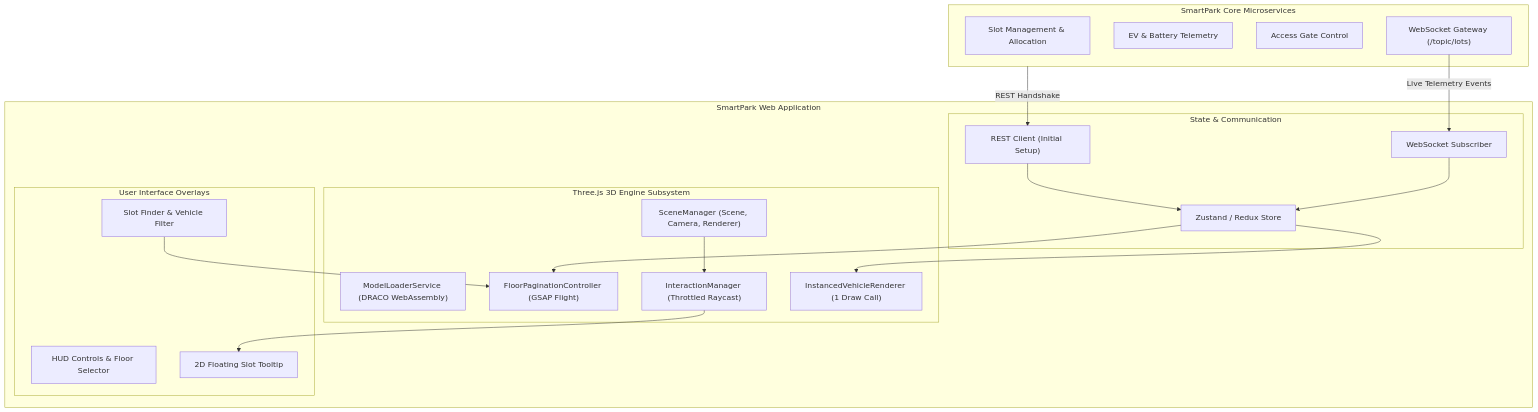
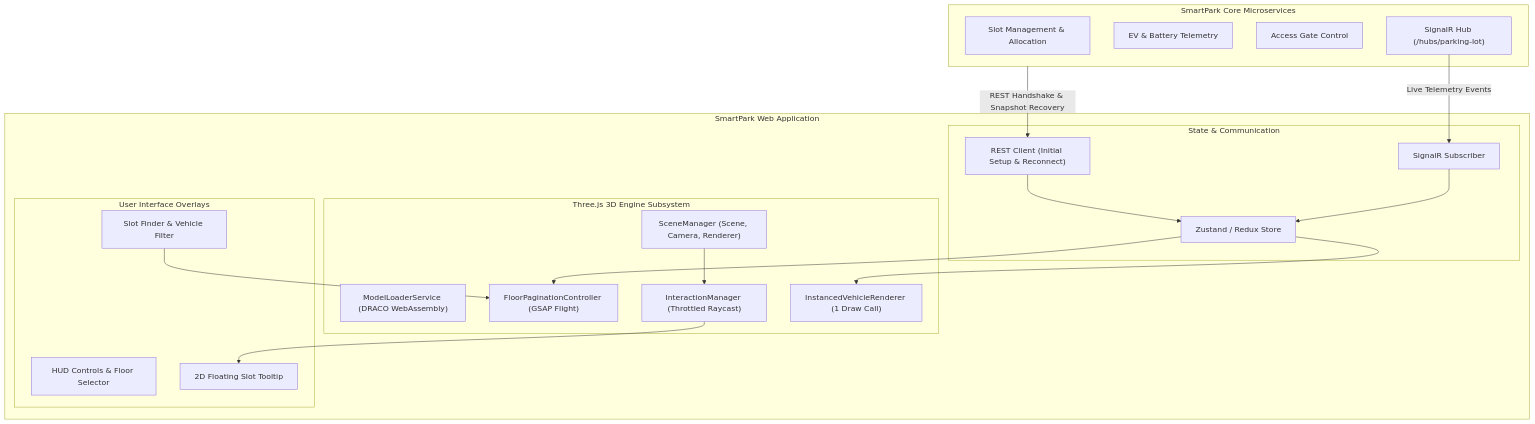
The diagram in docs/03-design/3d-digital-twin/3D_MODEL_IMPLEMENTATION_GUIDE.md (Quangthm/Mock-Project-Smart-Parking), drawn with Mermaid before and after one commit. The commit also changed other lines of this file and 2 other files, not shown here.

````diff
--- a/docs/03-design/3d-digital-twin/3D_MODEL_IMPLEMENTATION_GUIDE.md
+++ b/docs/03-design/3d-digital-twin/3D_MODEL_IMPLEMENTATION_GUIDE.md
@@ -226,41 +230,41 @@
 ```mermaid
 flowchart TD
     subgraph Backend ["SmartPark Core Microservices"]
         SlotSvc["Slot Management & Allocation"]
         TeleSvc["EV & Battery Telemetry"]
         GateSvc["Access Gate Control"]
-        WSGateway["WebSocket Gateway (/topic/lots)"]
+        SignalRHub["SignalR Hub (/hubs/parking-lot)"]
     end
 
     subgraph WebClient ["SmartPark Web Application"]
         subgraph StateLayer ["State & Communication"]
-            REST["REST Client (Initial Setup)"]
-            WSSub["WebSocket Subscriber"]
+            REST["REST Client (Initial Setup & Reconnect)"]
+            SignalRSub["SignalR Subscriber"]
             AppStore["Zustand / Redux Store"]
         end
 
         subgraph ThreeJSSubsystem ["Three.js 3D Engine Subsystem"]
             ModelLoader["ModelLoaderService (DRACO WebAssembly)"]
             SceneMgr["SceneManager (Scene, Camera, Renderer)"]
             FloorCtrl["FloorPaginationController (GSAP Flight)"]
             RaycastMgr["InteractionManager (Throttled Raycast)"]
             VehicleInstancer["InstancedVehicleRenderer (1 Draw Call)"]
         end
 
         subgraph UILayer ["User Interface Overlays"]
             HUD["HUD Controls & Floor Selector"]
             Tooltip["2D Floating Slot Tooltip"]
             SearchBox["Slot Finder & Vehicle Filter"]
         end
     end
 
-    Backend -->|REST Handshake| REST
-    WSGateway -->|Live Telemetry Events| WSSub
+    Backend -->|REST Handshake & Snapshot Recovery| REST
+    SignalRHub -->|Live Telemetry Events| SignalRSub
     REST --> AppStore
-    WSSub --> AppStore
+    SignalRSub --> AppStore
     AppStore --> FloorCtrl
     AppStore --> VehicleInstancer
     SceneMgr --> RaycastMgr
     RaycastMgr --> Tooltip
     SearchBox --> FloorCtrl
 ```
````
